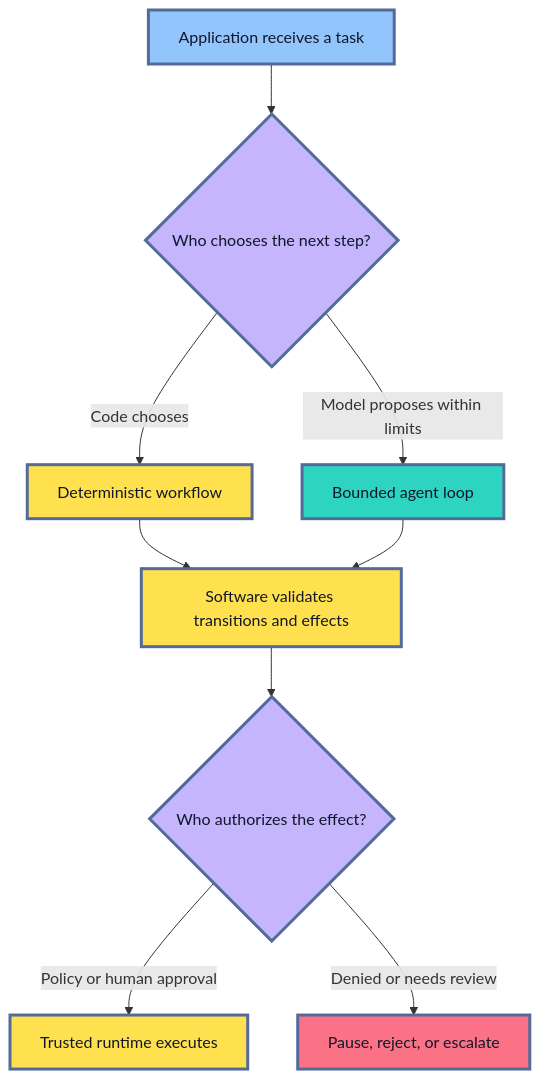
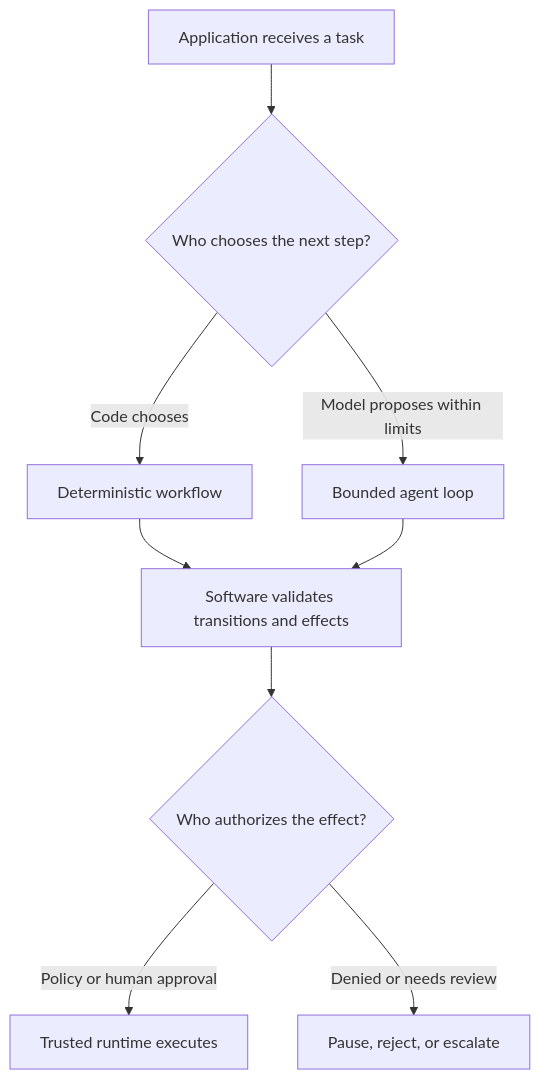
Before and after one commit to senlinyy/dev-roadmaps: the first of 13 diagrams in roadmaps/mlops/modules/llmops/llm-app-foundations/03-workflows-and-agents.md, drawn with Mermaid. The commit also changed other lines of this file and 152 other files, not shown here.

Commit message:
feat: mlops and diagrams updated

````diff
--- a/roadmaps/mlops/modules/llmops/llm-app-foundations/03-workflows-and-agents.md
+++ b/roadmaps/mlops/modules/llmops/llm-app-foundations/03-workflows-and-agents.md
@@ -56,22 +56,17 @@
 ```mermaid
 flowchart TD
     A["Application receives a task"] --> B{"Who chooses the next step?"}
     B -->|"Code chooses"| C["Deterministic workflow"]
     B -->|"Model proposes within limits"| D["Bounded agent loop"]
     C --> E["Software validates transitions and effects"]
     D --> E
     E --> F{"Who authorizes the effect?"}
     F -->|"Policy or human approval"| G["Trusted runtime executes"]
     F -->|"Denied or needs review"| H["Pause, reject, or escalate"]
 
-    classDef input fill:#93C5FD,stroke:#536A9A,stroke-width:3px,color:#0F172A
-    classDef choice fill:#C4B5FD,stroke:#536A9A,stroke-width:3px,color:#0F172A
-    classDef code fill:#FFE04F,stroke:#536A9A,stroke-width:3px,color:#111827
-    classDef model fill:#2DD4BF,stroke:#536A9A,stroke-width:3px,color:#0F172A
-    classDef stop fill:#FB7185,stroke:#536A9A,stroke-width:3px,color:#111827
     class A input
     class B,F choice
     class C,E,G code
     class D model
     class H stop
 ```
````
